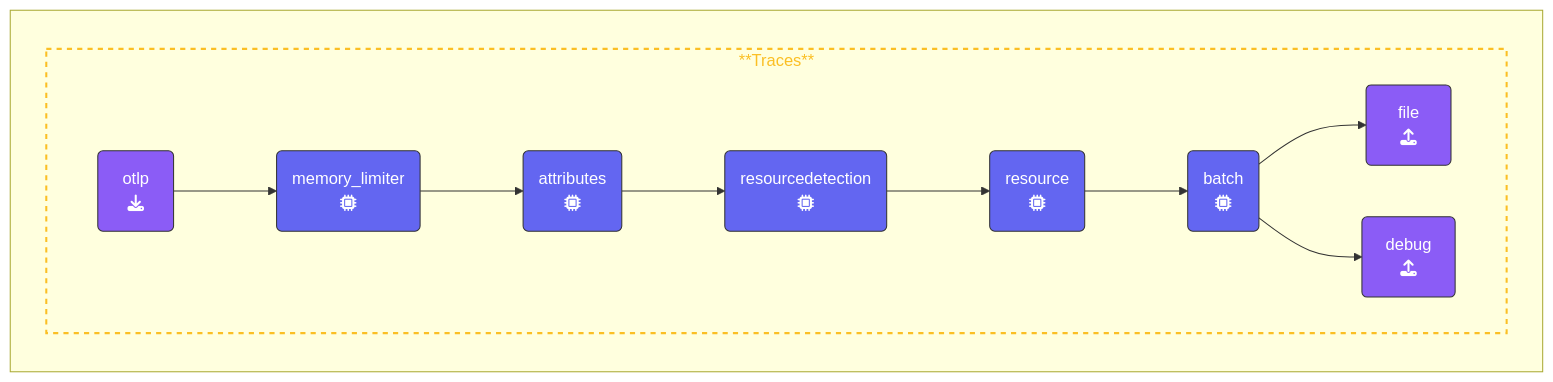
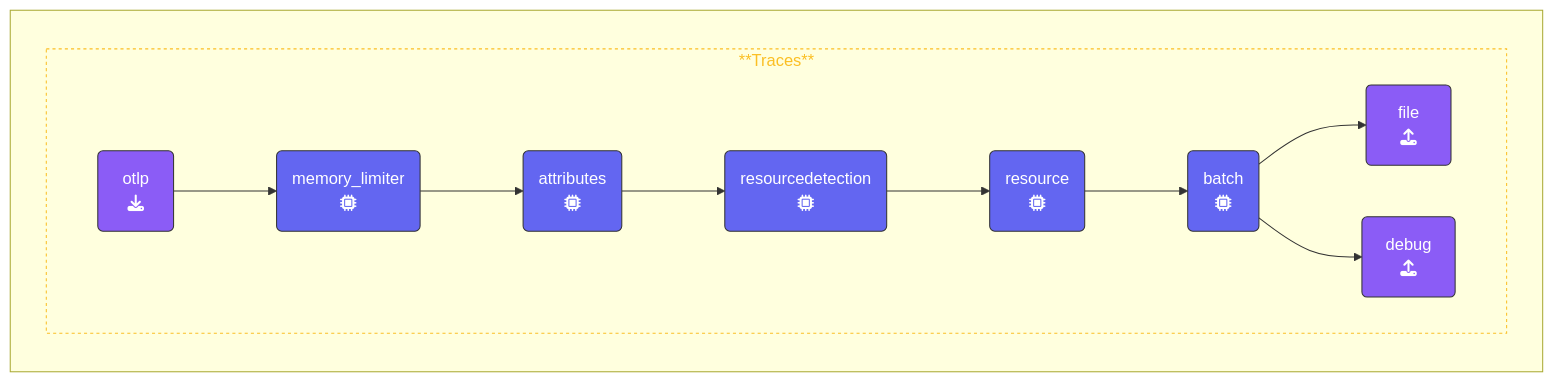
One commit to splunk/observability-workshop changed the diagram in content/en/ninja-workshops/10-advanced-otel/5-dropping-spans/_index.md. Above: the diagram before and after it, drawn with Mermaid. The commit also changed 8 other files, not shown here.

Commit message:
Mermaid styling

````diff
--- a/content/en/ninja-workshops/10-advanced-otel/5-dropping-spans/_index.md
+++ b/content/en/ninja-workshops/10-advanced-otel/5-dropping-spans/_index.md
@@ -57,31 +57,31 @@
 ```mermaid
 %%{init:{"fontFamily":"monospace"}}%%
 graph LR
     %% Nodes
       REC1(&nbsp;&nbsp;otlp&nbsp;&nbsp;<br>fa:fa-download):::receiver
       PRO1(memory_limiter<br>fa:fa-microchip):::processor
       PRO2(resourcedetection<br>fa:fa-microchip):::processor
       PRO3(resource<br>fa:fa-microchip):::processor
       PRO5(batch<br>fa:fa-microchip):::processor
       PRO6(attributes<br>fa:fa-microchip):::processor
       EXP1(&ensp;debug&ensp;<br>fa:fa-upload):::exporter
       EXP2(&ensp;&ensp;file&ensp;&ensp;<br>fa:fa-upload):::exporter
     %% Links
     subID1:::sub-traces
     subgraph " "
       subgraph subID1[**Traces**]
       direction LR
       REC1 --> PRO1
       PRO1 --> PRO6
       PRO6 --> PRO2
       PRO2 --> PRO3
       PRO3 --> PRO5
       PRO5 --> EXP2
       PRO5 --> EXP1
       end
     end
 classDef receiver,exporter fill:#8b5cf6,stroke:#333,stroke-width:1px,color:#fff;
 classDef processor fill:#6366f1,stroke:#333,stroke-width:1px,color:#fff;
 classDef con-receive,con-export fill:#45c175,stroke:#333,stroke-width:1px,color:#fff;
-classDef sub-traces stroke:#fbbf24,stroke-width:2px, color:#fbbf24,stroke-dasharray: 5 5;
+classDef sub-traces stroke:#fbbf24,stroke-width:1px, color:#fbbf24,stroke-dasharray: 3 3;
 ```
````
